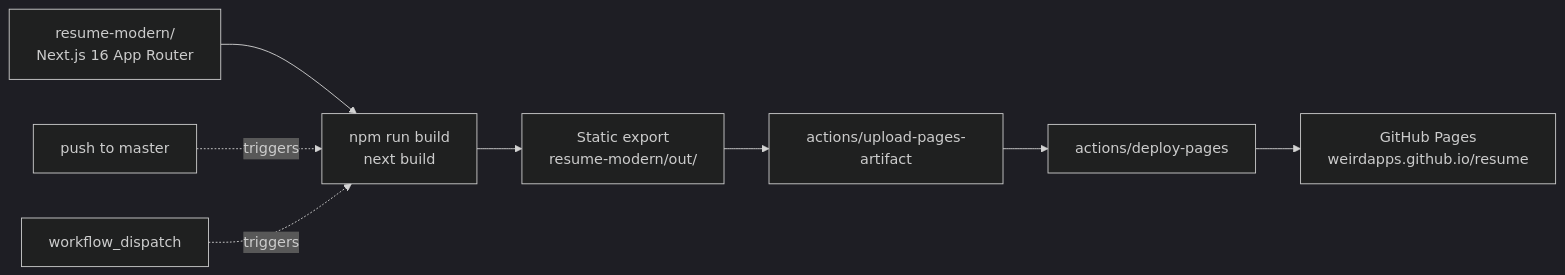
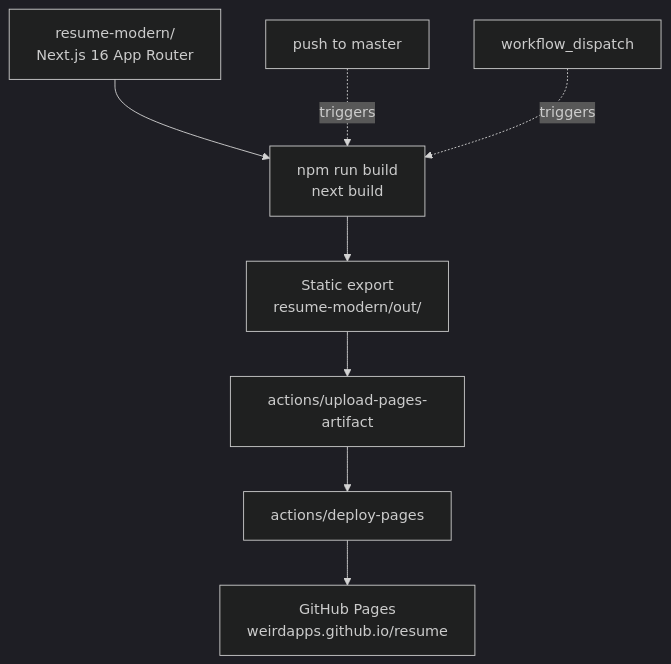
The diagram in README.md (weirdapps/resume), drawn with Mermaid (dark theme) before and after one commit.

Commit message:
docs: switch README architecture diagram to vertical layout
Convert the Mermaid diagram from horizontal (LR) to vertical (TD) so it renders
without horizontal scrolling in the GitHub README column.

````diff
--- a/README.md
+++ b/README.md
@@ -54,11 +54,11 @@
 ```mermaid
-flowchart LR
+flowchart TD
   A[resume-modern/<br/>Next.js 16 App Router] --> B[npm run build<br/>next build]
   B --> C[Static export<br/>resume-modern/out/]
   C --> D[actions/upload-pages-artifact]
   D --> E[actions/deploy-pages]
   E --> F[GitHub Pages<br/>weirdapps.github.io/resume]
 
   G[push to master] -.triggers.-> B
   H[workflow_dispatch] -.triggers.-> B
 ```
````
